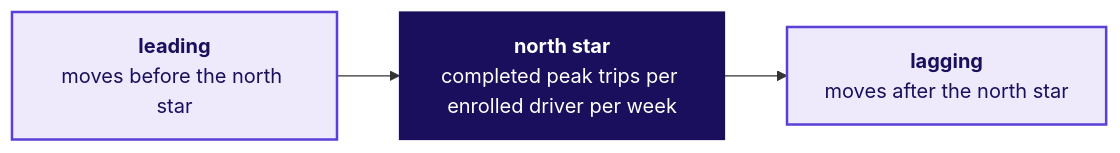
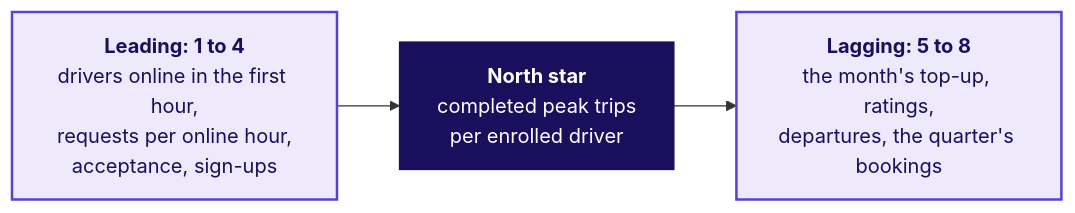
Before and after one commit to fde-academy-lab/c2-content-factory: the second of 3 diagrams in content/W04/D1/slides/C2_W04_D01_fallback_STUDENT.md, drawn with Mermaid. The commit also changed other lines of this file and 24 other files, not shown here.

````diff
--- a/content/W04/D1/slides/C2_W04_D01_fallback_STUDENT.md
+++ b/content/W04/D1/slides/C2_W04_D01_fallback_STUDENT.md
@@ -153,9 +183,9 @@
 ```mermaid
 flowchart LR
-    L["<b>leading</b><br/>moves before the north star"] --> N["<b>north star</b><br/>completed peak trips per enrolled driver per week"]
-    N --> G["<b>lagging</b><br/>moves after the north star"]
+    I["<b>Leading: 1 to 4</b><br/>drivers online in the first hour,<br/>requests per online hour,<br/>acceptance, sign-ups"] --> N["<b>North star</b><br/>completed peak trips<br/>per enrolled driver"]
+    N --> C["<b>Lagging: 5 to 8</b><br/>the month's top-up, ratings,<br/>departures, the quarter's bookings"]
+    classDef known fill:#EEEAFB,stroke:#5B3FD6,color:#1A0F5C,stroke-width:2px
     classDef lit fill:#1A0F5C,stroke:#1A0F5C,color:#FFFFFF
-    classDef known fill:#EEEAFB,stroke:#5B3FD6,color:#1A0F5C,stroke-width:2px
+    class I,C known
     class N lit
-    class L,G known
 ```
````
